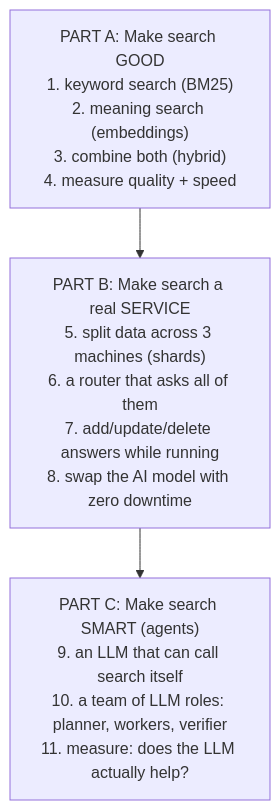
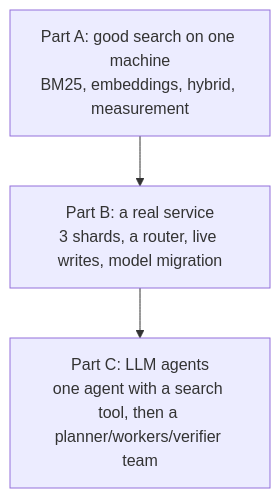
The second of 2 diagrams in docs/from_zero/README.md (node31/fiqa-agentic-retrieval), drawn with Mermaid before and after one commit. The commit also changed other lines of this file and 9 other files, not shown here.

````diff
--- a/docs/from_zero/README.md
+++ b/docs/from_zero/README.md
@@ -31,7 +25,7 @@
 ```mermaid
 flowchart TB
-    A["PART A: Make search GOOD<br/>1. keyword search (BM25)<br/>2. meaning search (embeddings)<br/>3. combine both (hybrid)<br/>4. measure quality + speed"]
-    B["PART B: Make search a real SERVICE<br/>5. split data across 3 machines (shards)<br/>6. a router that asks all of them<br/>7. add/update/delete answers while running<br/>8. swap the AI model with zero downtime"]
-    C["PART C: Make search SMART (agents)<br/>9. an LLM that can call search itself<br/>10. a team of LLM roles: planner, workers, verifier<br/>11. measure: does the LLM actually help?"]
+    A["Part A: good search on one machine<br/>BM25, embeddings, hybrid, measurement"]
+    B["Part B: a real service<br/>3 shards, a router, live writes, model migration"]
+    C["Part C: LLM agents<br/>one agent with a search tool, then a planner/workers/verifier team"]
     A --> B --> C
 ```
````
